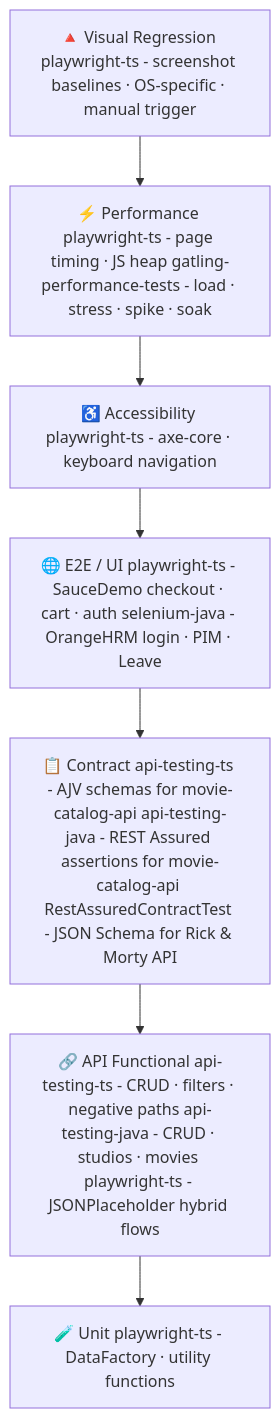
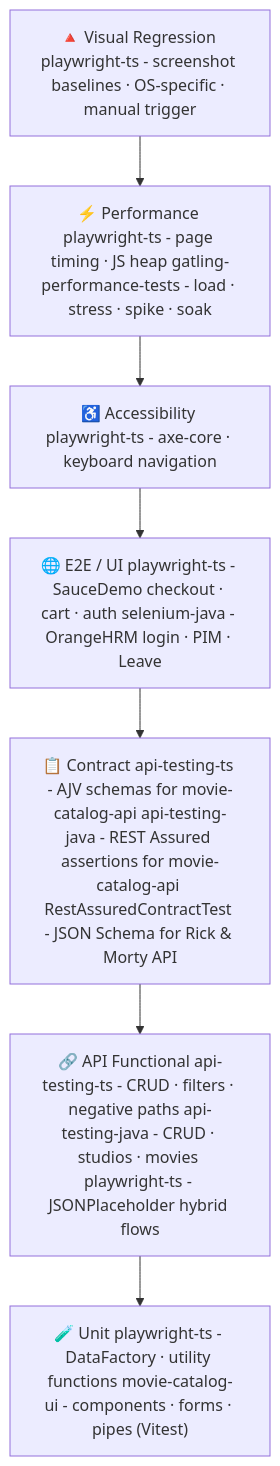
Before and after one commit to EnesAkyel/test-strategy: the diagram in README.md, drawn with Mermaid. The commit also changed other lines of this file and 7 other files, not shown here.

Commit message:
add movie-catalog-ui and update the other documents to reflect the latest

````diff
--- a/README.md
+++ b/README.md
@@ -32,12 +33,12 @@
 ```mermaid
 flowchart TD
     V["🔺 Visual Regression playwright-ts - screenshot baselines · OS-specific · manual trigger"]
     P["⚡ Performance playwright-ts - page timing · JS heap gatling-performance-tests - load · stress · spike · soak"]
     A["♿ Accessibility playwright-ts - axe-core · keyboard navigation"]
     E["🌐 E2E / UI playwright-ts - SauceDemo checkout · cart · auth selenium-java - OrangeHRM login · PIM · Leave"]
     C["📋 Contract api-testing-ts - AJV schemas for movie-catalog-api api-testing-java - REST Assured assertions for movie-catalog-api RestAssuredContractTest - JSON Schema for Rick & Morty API"]
     F["🔗 API Functional api-testing-ts - CRUD · filters · negative paths api-testing-java - CRUD · studios · movies playwright-ts - JSONPlaceholder hybrid flows"]
-    U["🧪 Unit playwright-ts - DataFactory · utility functions"]
+    U["🧪 Unit playwright-ts - DataFactory · utility functions movie-catalog-ui - components · forms · pipes (Vitest)"]
 
     V --> P --> A --> E --> C --> F --> U
 ```
````
